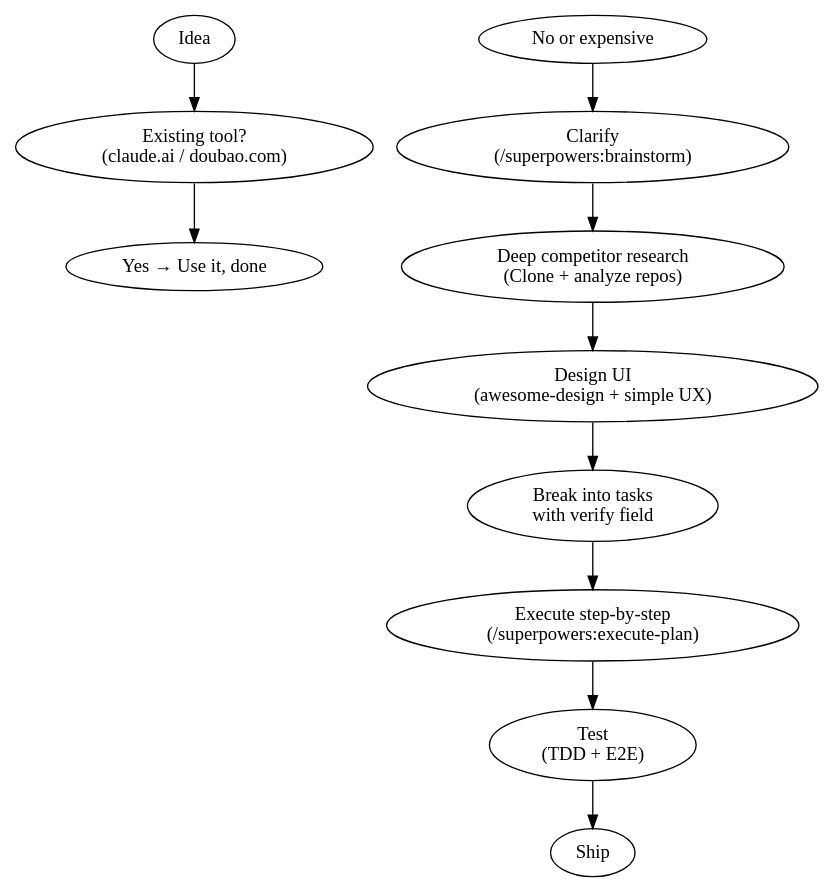
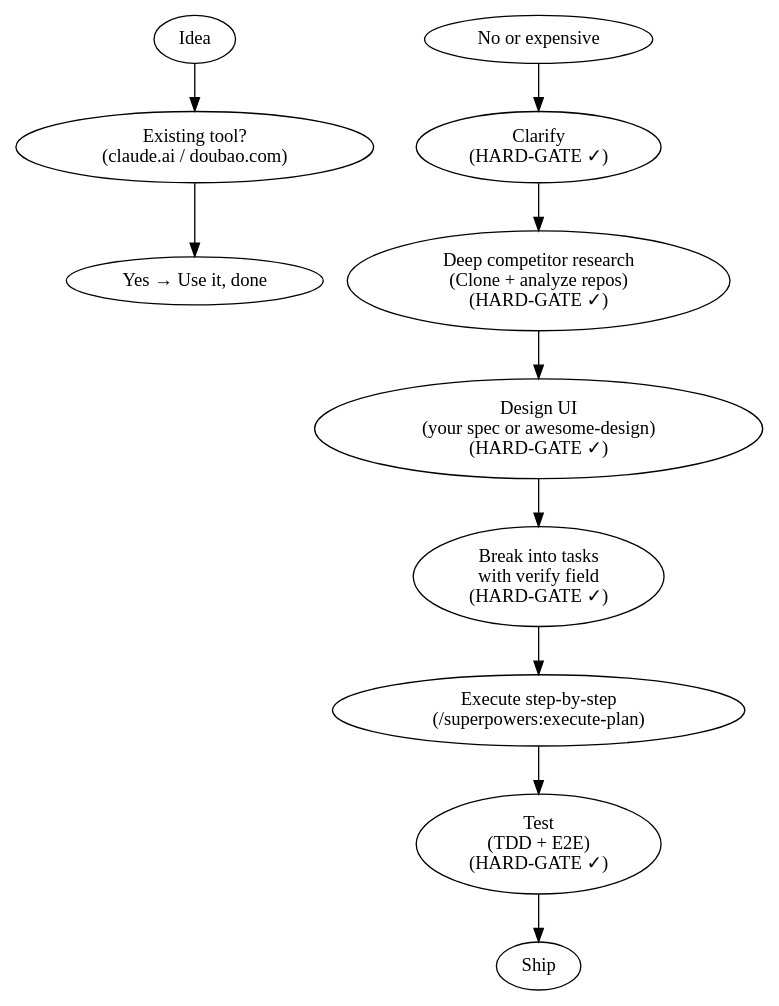
The diagram in SKILL.md (linuxhsj/idea-to-product), drawn with Graphviz before and after one commit. The commit also changed other lines of this file and 1 other file, not shown here.

First line of the commit message:
Refine HARD-GATE: absolute vs flexible, competitor criteria, user design choice

````diff
--- a/SKILL.md
+++ b/SKILL.md
@@ -62,6 +65,6 @@
 ```dot
 digraph idea_to_product {
     "Idea" -> "Existing tool?\n(claude.ai / doubao.com)" -> "Yes → Use it, done";
-    "No or expensive" -> "Clarify\n(/superpowers:brainstorm)" -> "Deep competitor research\n(Clone + analyze repos)" -> "Design UI\n(awesome-design + simple UX)" -> "Break into tasks\nwith verify field" -> "Execute step-by-step\n(/superpowers:execute-plan)" -> "Test\n(TDD + E2E)" -> "Ship";
+    "No or expensive" -> "Clarify\n(HARD-GATE ✓)" -> "Deep competitor research\n(Clone + analyze repos)\n(HARD-GATE ✓)" -> "Design UI\n(your spec or awesome-design)\n(HARD-GATE ✓)" -> "Break into tasks\nwith verify field\n(HARD-GATE ✓)" -> "Execute step-by-step\n(/superpowers:execute-plan)" -> "Test\n(TDD + E2E)\n(HARD-GATE ✓)" -> "Ship";
 }
 ```
````
